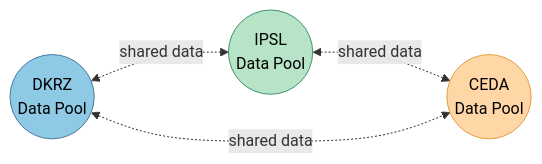
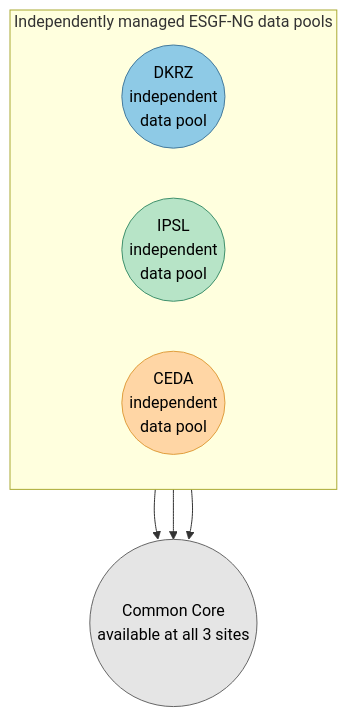
The sixth of 18 diagrams in ARCH_ESGF2.md (roocs/rook), drawn with Mermaid before and after one commit. The commit also changed other lines of this file, not shown here.

````diff
--- a/ARCH_ESGF2.md
+++ b/ARCH_ESGF2.md
@@ -207,14 +207,21 @@
 ```mermaid
-flowchart LR
-    DE((DKRZ<br/>Data Pool))
-    FR((IPSL<br/>Data Pool))
-    UK((CEDA<br/>Data Pool))
+flowchart TB
+    subgraph Pools["Independently managed ESGF-NG data pools"]
+        direction LR
 
-    DE <-. shared data .-> FR
-    FR <-. shared data .-> UK
-    DE <-. shared data .-> UK
+        DE((DKRZ<br/>independent<br/>data pool))
+        FR((IPSL<br/>independent<br/>data pool))
+        UK((CEDA<br/>independent<br/>data pool))
+    end
+
+    CORE((Common Core<br/>available at all 3 sites))
+
+    DE --> CORE
+    FR --> CORE
+    UK --> CORE
 
     style DE fill:#8ecae6,stroke:#457b9d,color:#000
     style FR fill:#b7e4c7,stroke:#40916c,color:#000
     style UK fill:#ffd6a5,stroke:#e09f3e,color:#000
+    style CORE fill:#e5e5e5,stroke:#666,color:#000
 ```
````
